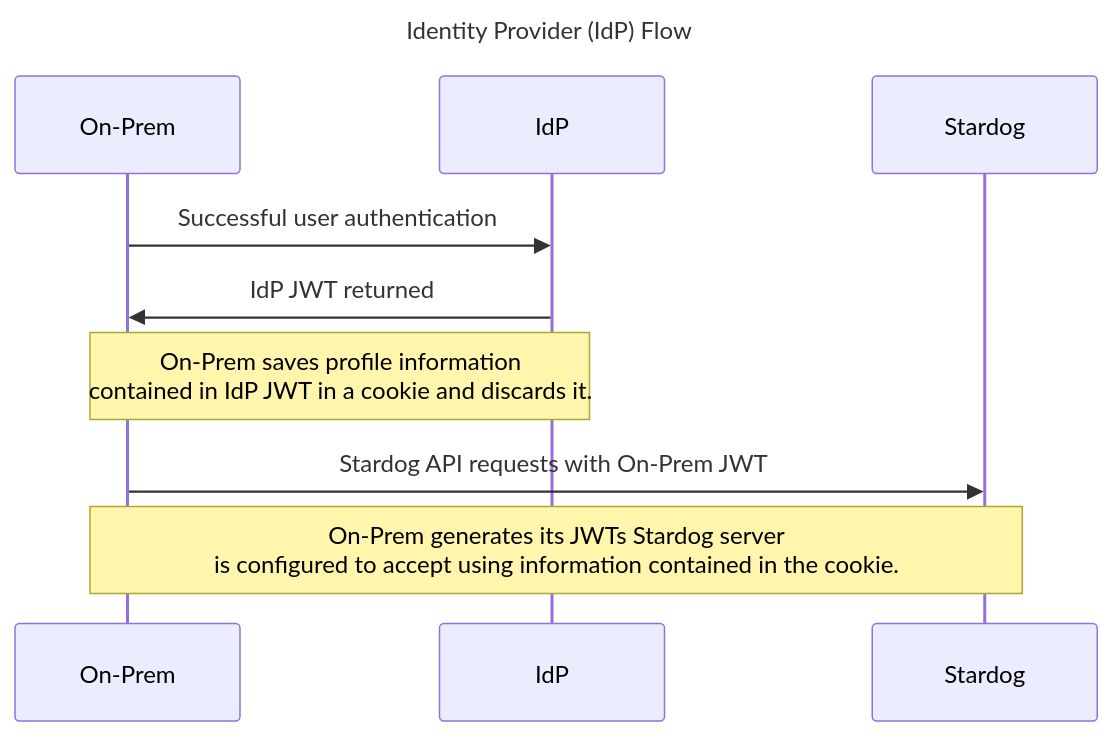
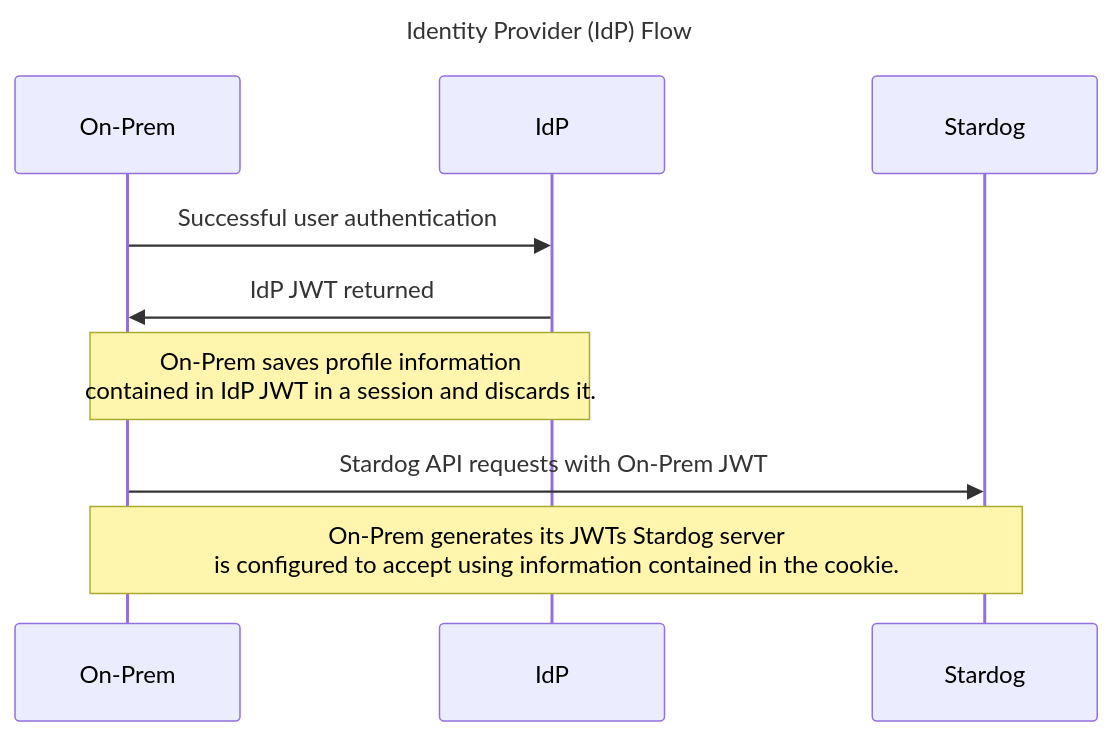
One commit to stardog-union/launchpad-docs changed the second of 2 diagrams in README.md. Above: the diagram before and after it, drawn with Mermaid. The commit also changed other lines of this file and 15 other files, not shown here.

````diff
--- a/README.md
+++ b/README.md
@@ -35,9 +37,9 @@
 ```mermaid
 sequenceDiagram
   title Identity Provider (IdP) Flow
   On-Prem->>IdP: Successful user authentication
   IdP->>On-Prem: IdP JWT returned
-  Note over IdP,On-Prem: On-Prem saves profile information <br> contained in IdP JWT in a cookie and discards it.
+  Note over IdP,On-Prem: On-Prem saves profile information <br> contained in IdP JWT in a session and discards it.
   On-Prem->>Stardog: Stardog API requests with On-Prem JWT
   Note over On-Prem,Stardog: On-Prem generates its JWTs Stardog server <br> is configured to accept using information contained in the cookie.
 ```
````
